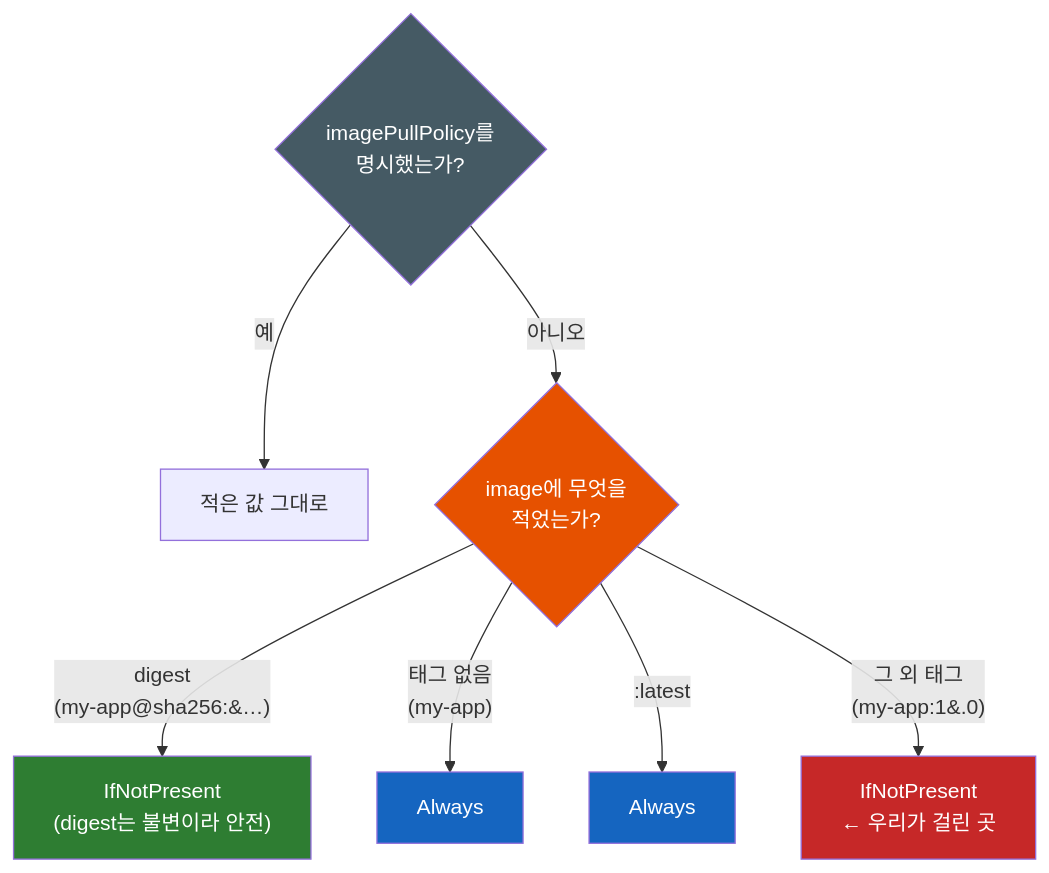
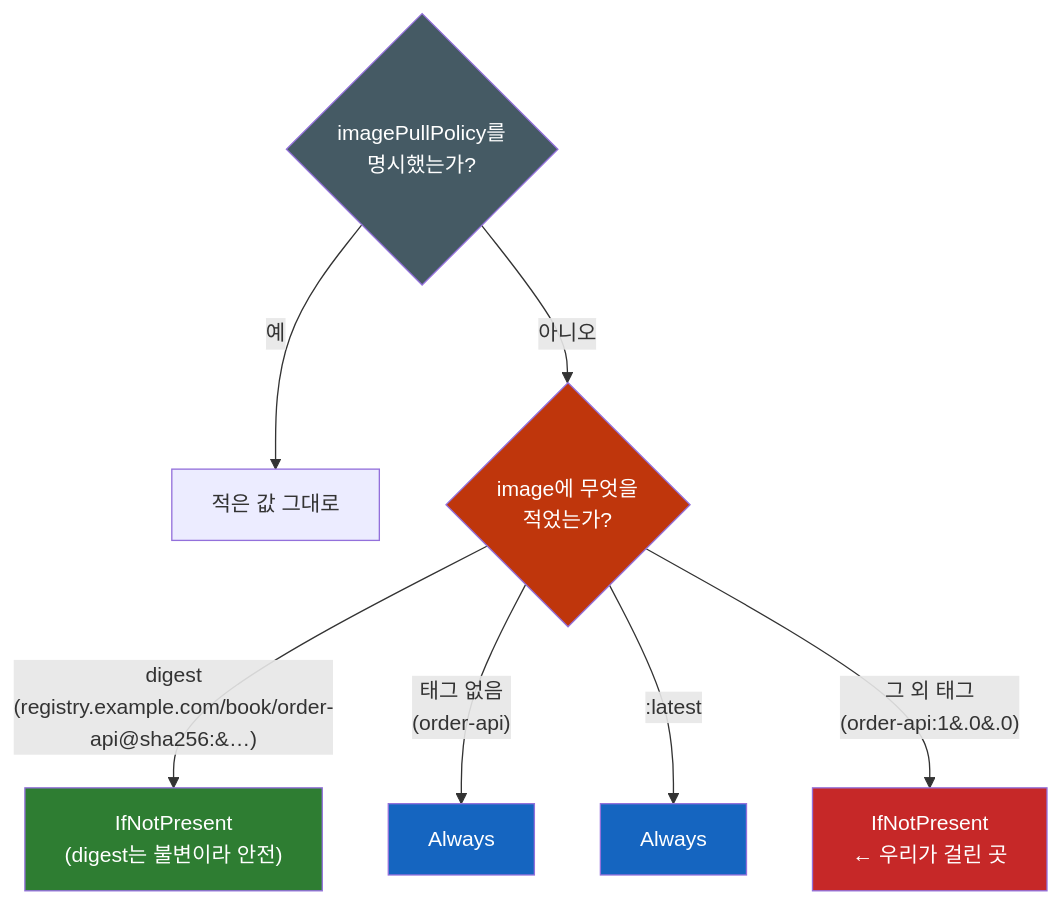
The third of 3 diagrams in kubernetes/Kubernetes-Image-Tag-Digest.md (sskim91/TIL), drawn with Mermaid before and after one commit. The commit also changed other lines of this file and 39 other files, not shown here.

````diff
--- a/kubernetes/Kubernetes-Image-Tag-Digest.md
+++ b/kubernetes/Kubernetes-Image-Tag-Digest.md
@@ -139,18 +137,18 @@
 ```mermaid
 flowchart TD
     q0{"imagePullPolicy를<br>명시했는가?"}
     q0 -->|"예"| explicit["적은 값 그대로"]
     q0 -->|"아니오"| q1{"image에 무엇을<br>적었는가?"}
 
-    q1 -->|"digest<br>(my-app@sha256:&#8230;)"| ifnp1["IfNotPresent<br>(digest는 불변이라 안전)"]
-    q1 -->|"태그 없음<br>(my-app)"| alw1["Always"]
+    q1 -->|"digest<br>(registry.example.com/book/order-api@sha256:&#8230;)"| ifnp1["IfNotPresent<br>(digest는 불변이라 안전)"]
+    q1 -->|"태그 없음<br>(order-api)"| alw1["Always"]
     q1 -->|":latest"| alw2["Always"]
-    q1 -->|"그 외 태그<br>(my-app:1&#46;0)"| ifnp2["IfNotPresent<br>← 우리가 걸린 곳"]
+    q1 -->|"그 외 태그<br>(order-api:1&#46;0&#46;0)"| ifnp2["IfNotPresent<br>← 우리가 걸린 곳"]
 
     style q0 fill:#455A64,color:#fff
-    style q1 fill:#E65100,color:#fff
+    style q1 fill:#BF360C,color:#fff
     style ifnp2 fill:#C62828,color:#fff
     style ifnp1 fill:#2E7D32,color:#fff
     style alw1 fill:#1565C0,color:#fff
     style alw2 fill:#1565C0,color:#fff
 ```
````
